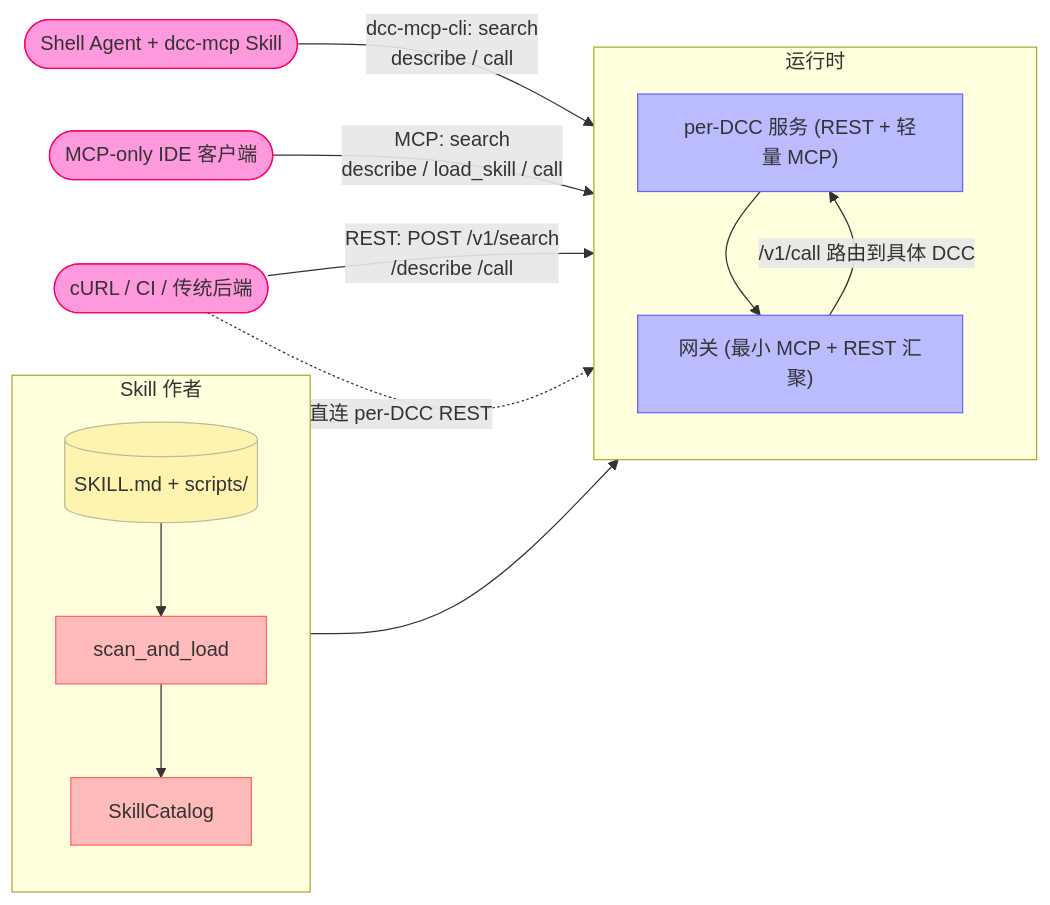
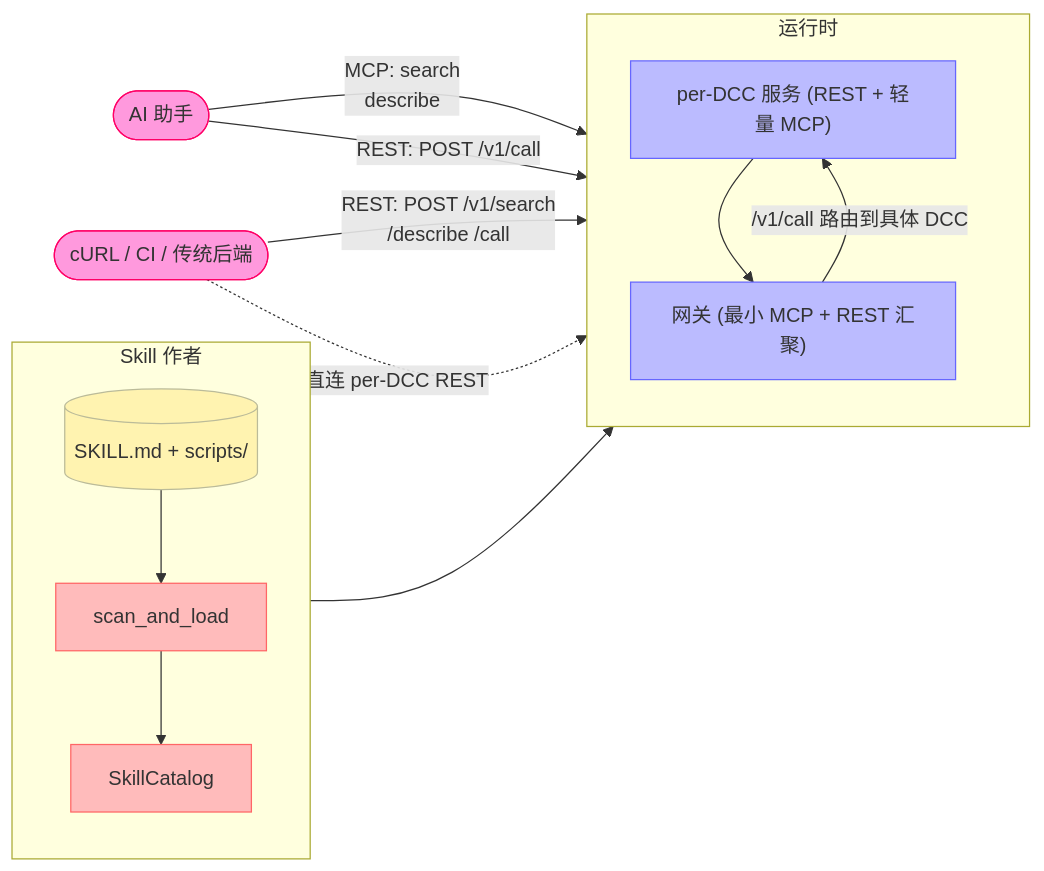
The diagram in docs/zh/guide/what-is-dcc-mcp-core.md (dcc-mcp/dcc-mcp-core), drawn with Mermaid before and after one commit. The commit also changed other lines of this file and 54 other files, not shown here.

````diff
--- a/docs/zh/guide/what-is-dcc-mcp-core.md
+++ b/docs/zh/guide/what-is-dcc-mcp-core.md
@@ -15,33 +14,32 @@
 ```mermaid
 flowchart LR
     subgraph Author["Skill 作者"]
       direction TB
       SKILL[(SKILL.md + scripts/)]:::yaml
       SCAN[scan_and_load]:::rust
       CAT[SkillCatalog]:::rust
       SKILL --> SCAN --> CAT
     end
 
     subgraph Runtime["运行时"]
       direction TB
       PERDCC["per-DCC 服务 (REST + 轻量 MCP)"]:::server
       GW["网关 (最小 MCP + REST 汇聚)"]:::server
       CAT --> PERDCC
       PERDCC --> GW
     end
 
-    AGENT([Shell Agent + dcc-mcp Skill]):::client
-    IDE([MCP-only IDE 客户端]):::client
+    AGENT([AI 助手]):::client
     TRAD([cURL / CI / 传统后端]):::client
 
-    AGENT -->|dcc-mcp-cli: search<br/>describe / call| GW
-    IDE -->|MCP: search<br/>describe / load_skill / call| GW
+    AGENT -->|MCP: search<br/>describe| GW
+    AGENT -->|REST: POST /v1/call| GW
     TRAD -->|REST: POST /v1/search<br/>/describe /call| GW
     TRAD -.->|直连 per-DCC REST| PERDCC
     GW -->|/v1/call 路由到具体 DCC| PERDCC
 
     classDef yaml fill:#fff3b0,stroke:#bb9,color:#333
     classDef rust fill:#fbb,stroke:#f66,color:#333
     classDef server fill:#bbf,stroke:#66f,color:#333
     classDef client fill:#f9d,stroke:#f06,color:#333
 ```
````
